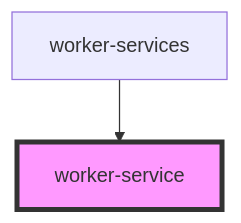
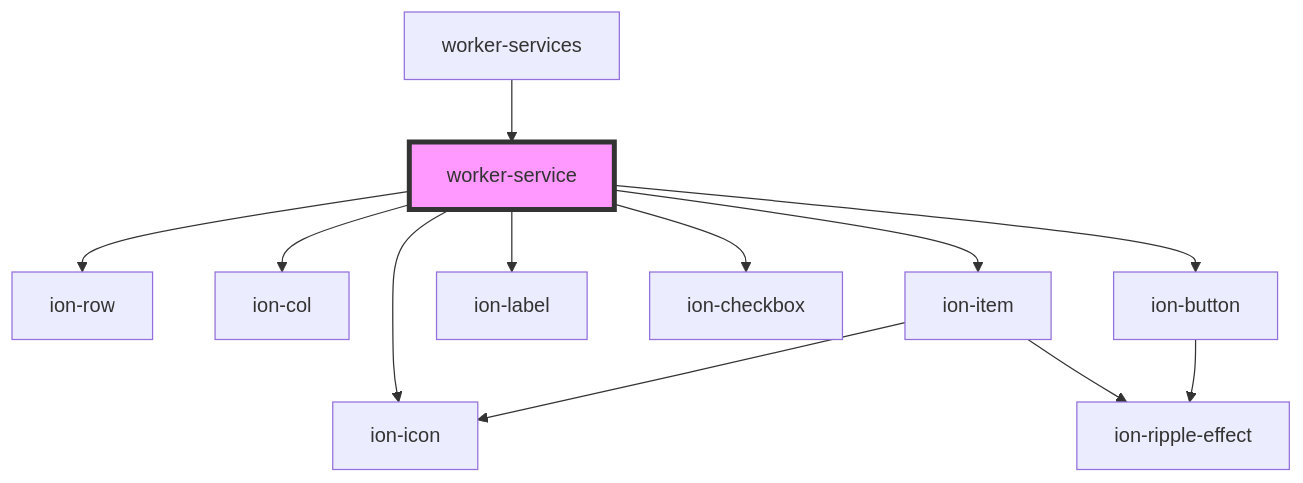
The diagram in src/components/worker-service/readme.md (sanaadostmuhammad/stencil-components), drawn with Mermaid before and after one commit. The commit also changed other lines of this file and 4 other files, not shown here.

````diff
--- a/src/components/worker-service/readme.md
+++ b/src/components/worker-service/readme.md
@@ -22,5 +32,15 @@
 ```mermaid
 graph TD;
+  worker-service --> ion-row
+  worker-service --> ion-col
+  worker-service --> ion-item
+  worker-service --> ion-label
+  worker-service --> ion-checkbox
+  worker-service --> ion-button
+  worker-service --> ion-icon
+  ion-item --> ion-icon
+  ion-item --> ion-ripple-effect
+  ion-button --> ion-ripple-effect
   worker-services --> worker-service
   style worker-service fill:#f9f,stroke:#333,stroke-width:4px
 ```
````
